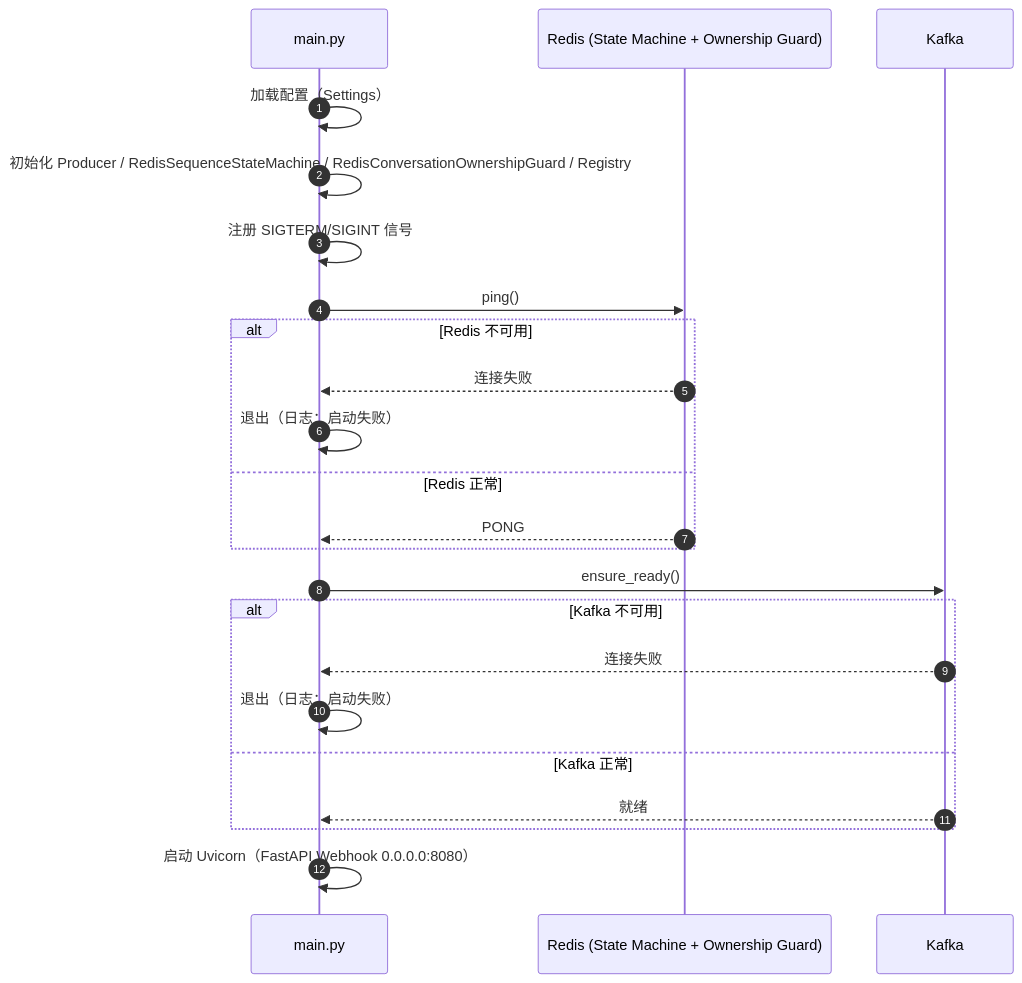
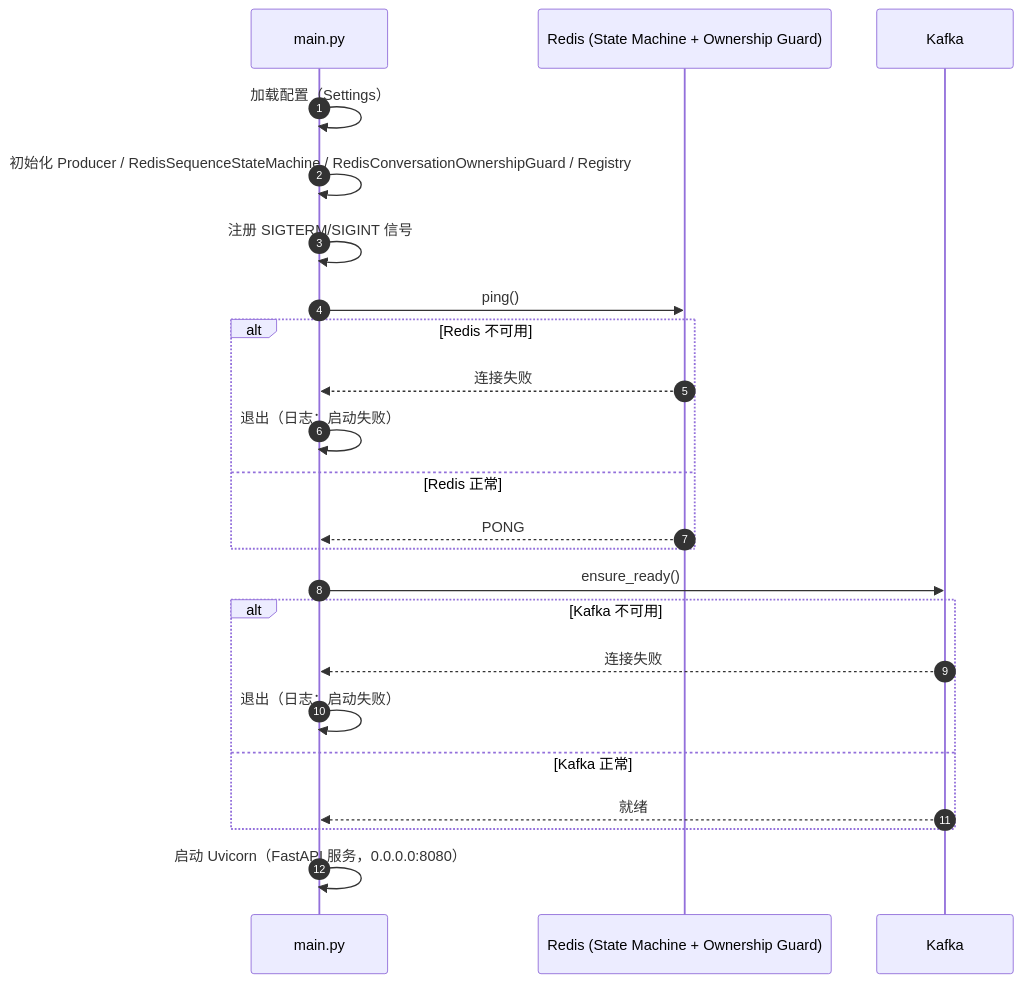
Before and after one commit to xiaodouya001/transcribe_service: the second of 6 diagrams in design/application-design_zh.md, drawn with Mermaid. The commit also changed other lines of this file and 6 other files, not shown here.

````diff
--- a/design/application-design_zh.md
+++ b/design/application-design_zh.md
@@ -80,29 +80,29 @@
 ```mermaid
 sequenceDiagram
     autonumber
     participant Main as main.py
     participant RedisCore as Redis (State Machine + Ownership Guard)
     participant Kafka as Kafka
 
     Main->>Main: 加载配置（Settings）
     Main->>Main: 初始化 Producer / RedisSequenceStateMachine / RedisConversationOwnershipGuard / Registry
     Main->>Main: 注册 SIGTERM/SIGINT 信号
 
     Main->>RedisCore: ping()
     alt Redis 不可用
         RedisCore-->>Main: 连接失败
         Main->>Main: 退出（日志：启动失败）
     else Redis 正常
         RedisCore-->>Main: PONG
     end
 
     Main->>Kafka: ensure_ready()
     alt Kafka 不可用
         Kafka-->>Main: 连接失败
         Main->>Main: 退出（日志：启动失败）
     else Kafka 正常
         Kafka-->>Main: 就绪
     end
 
-    Main->>Main: 启动 Uvicorn（FastAPI Webhook 0.0.0.0:8080）
+    Main->>Main: 启动 Uvicorn（FastAPI 服务，0.0.0.0:8080）
 ```
````
